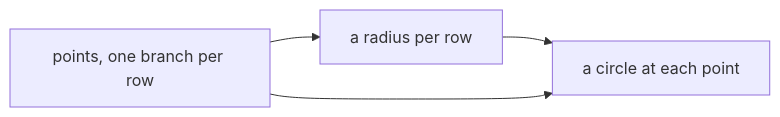
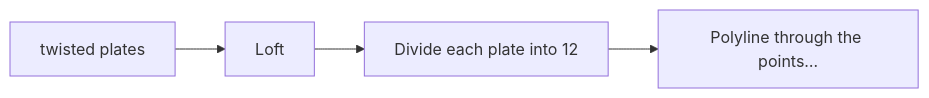
One commit to rccn-teaching/cdf changed the fourth of 4 diagrams in Lecture/Week_07/goals.md. Above: the diagram before and after it, drawn with Mermaid. The commit also changed other lines of this file and 23 other files, not shown here.

Commit message:
Refactor lecture materials for Weeks 13-15: update README and goals to enhance clarity and structure; adjust session objectives and commands; improve flowcharts and voting processes for better engagement and understanding.

````diff
--- a/Lecture/Week_07/goals.md
+++ b/Lecture/Week_07/goals.md
@@ -48,6 +81,8 @@
 ```mermaid
 flowchart LR
-    T["points, one branch per row"] --> N["a radius per row"]
-    N --> C["a circle at each point"]
-    T --> C
+    R0["twisted plates"]
+    L1["Loft"]
+    D2["Divide each plate into 12"]
+    P3["Polyline through the points…"]
+    R0 --> L1 --> D2 --> P3
 ```
````
